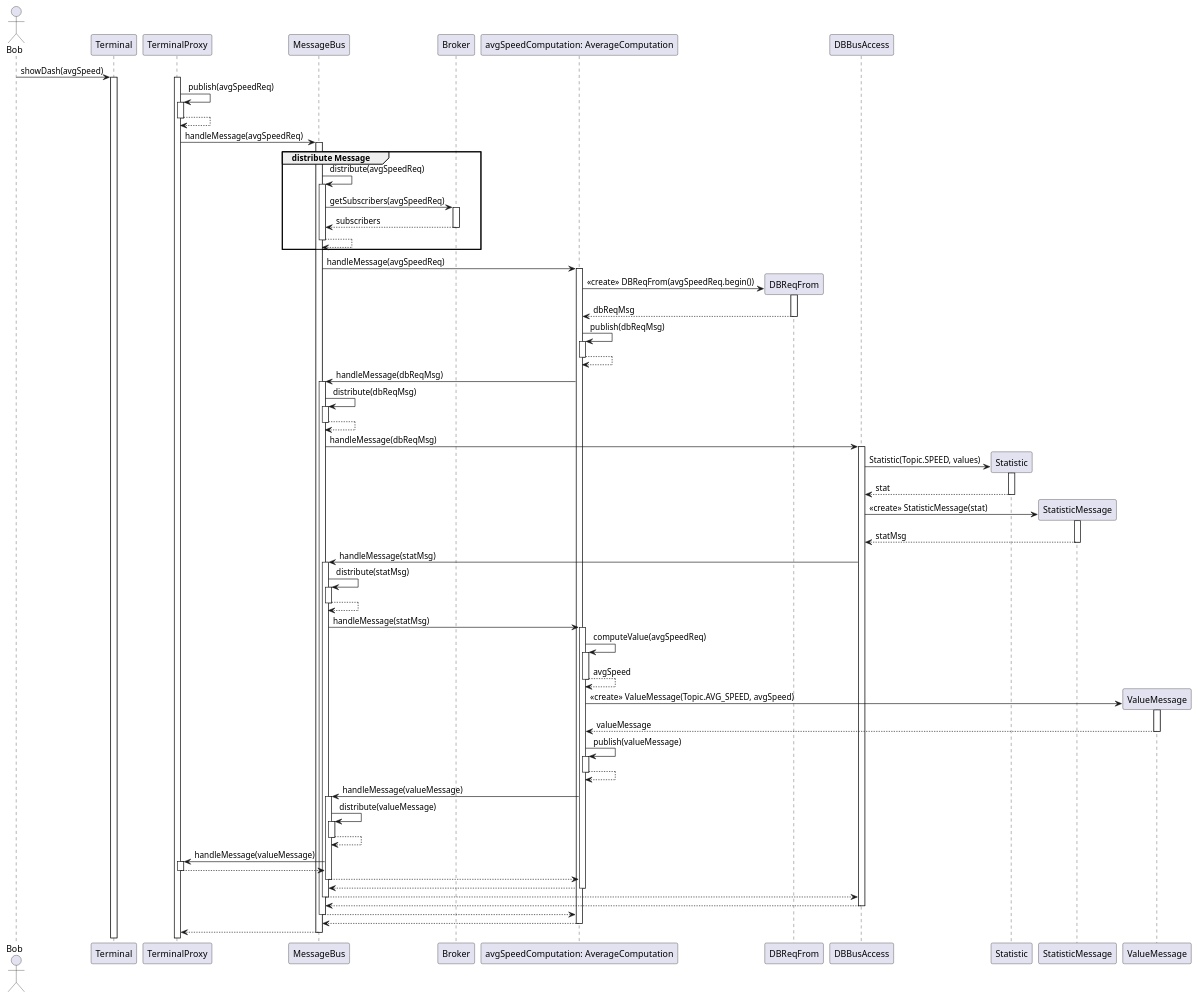
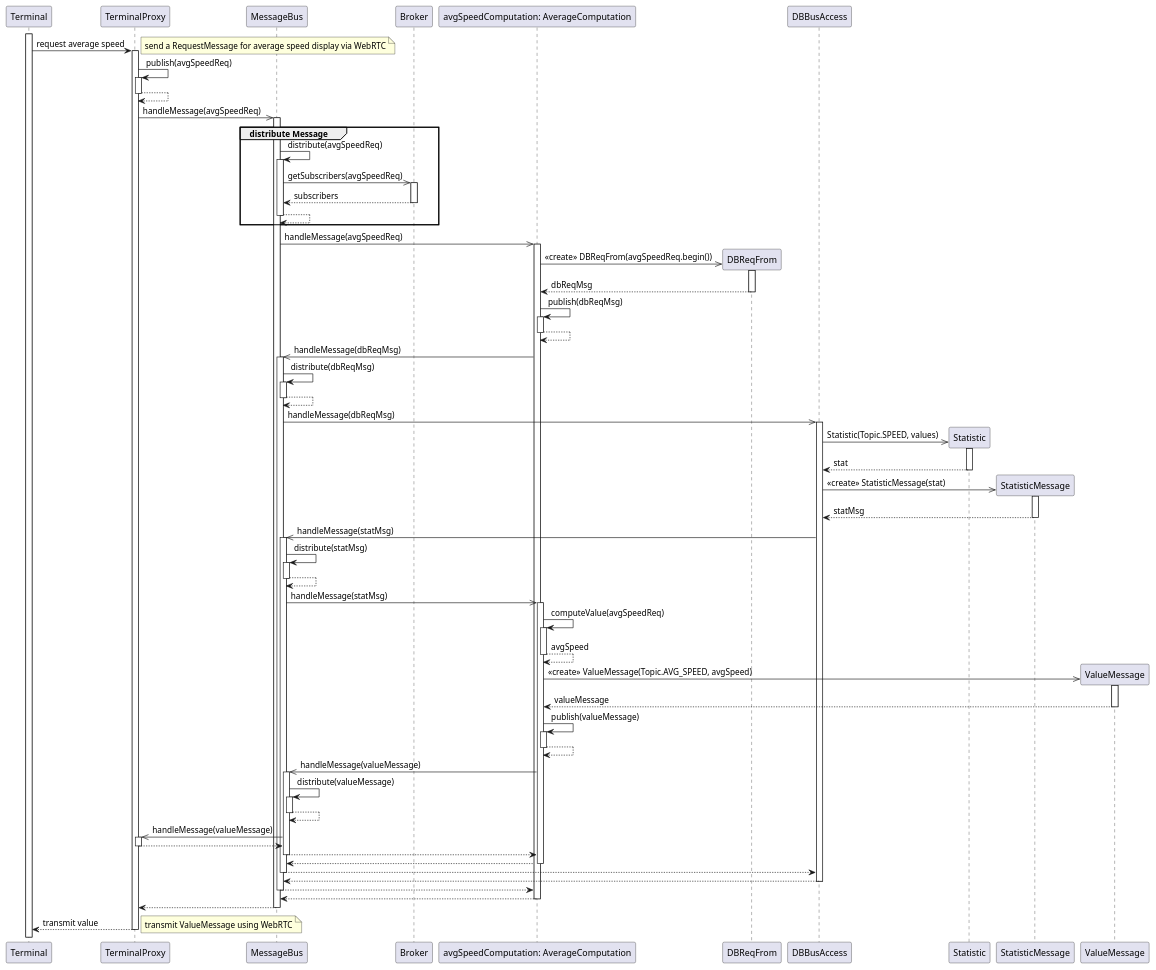
Before and after one commit to uzdry/PSE: the diagram in Entwurf/diagrams/StatsDBSeq.wsd, drawn with PlantUML.

Commit message:
feinschliff

```diff
--- a/Entwurf/diagrams/StatsDBSeq.wsd
+++ b/Entwurf/diagrams/StatsDBSeq.wsd
@@ -1,152 +1,155 @@
 @startuml
-
-actor Bob
 
 participant Terminal
 
 participant TerminalProxy
 
 participant MessageBus
 
 participant Broker
 
 participant "avgSpeedComputation: AverageComputation" as AVGSCALC
 
 participant DBReqFrom
 
 participant DBBusAccess
 
-Bob -> Terminal: showDash(avgSpeed)
-activate Terminal
+activate Terminal 
+Terminal -> TerminalProxy: request average speed
+note right: send a RequestMessage for average speed display via WebRTC
 
 activate TerminalProxy
 TerminalProxy -> TerminalProxy: publish(avgSpeedReq)
 activate TerminalProxy
 
 TerminalProxy --> TerminalProxy:
 deactivate TerminalProxy
 
-TerminalProxy -> MessageBus: handleMessage(avgSpeedReq)
+TerminalProxy ->> MessageBus: handleMessage(avgSpeedReq)
 activate MessageBus
 
 group distribute Message
 
 	MessageBus -> MessageBus: distribute(avgSpeedReq)
 	activate MessageBus
 
-	MessageBus -> Broker: getSubscribers(avgSpeedReq)
+	MessageBus ->> Broker: getSubscribers(avgSpeedReq)
 	activate Broker
 
 	Broker --> MessageBus: subscribers
 	deactivate Broker
 
 	MessageBus --> MessageBus:
 	deactivate MessageBus
 
 end
 
-MessageBus -> AVGSCALC: handleMessage(avgSpeedReq)
+MessageBus ->> AVGSCALC: handleMessage(avgSpeedReq)
 activate AVGSCALC
 
 create DBReqFrom
 
-AVGSCALC -> DBReqFrom: <<create>> DBReqFrom(avgSpeedReq.begin())
+AVGSCALC ->> DBReqFrom: <<create>> DBReqFrom(avgSpeedReq.begin())
 activate DBReqFrom
 DBReqFrom --> AVGSCALC: dbReqMsg
 deactivate DBReqFrom
 
 AVGSCALC -> AVGSCALC: publish(dbReqMsg)
 activate AVGSCALC
 AVGSCALC --> AVGSCALC:
 deactivate AVGSCALC
 
-AVGSCALC -> MessageBus: handleMessage(dbReqMsg)
+AVGSCALC ->> MessageBus: handleMessage(dbReqMsg)
 activate MessageBus
 MessageBus -> MessageBus: distribute(dbReqMsg)
 activate MessageBus
 MessageBus --> MessageBus:
 deactivate MessageBus
-MessageBus -> DBBusAccess: handleMessage(dbReqMsg)
+MessageBus ->> DBBusAccess: handleMessage(dbReqMsg)
 activate DBBusAccess
 
 create Statistic
 
-DBBusAccess -> Statistic: Statistic(Topic.SPEED, values)
+DBBusAccess ->> Statistic: Statistic(Topic.SPEED, values)
 activate Statistic
 Statistic --> DBBusAccess: stat
 deactivate Statistic
 
 create StatisticMessage
-DBBusAccess -> StatisticMessage: <<create>> StatisticMessage(stat)
+DBBusAccess ->> StatisticMessage: <<create>> StatisticMessage(stat)
 activate StatisticMessage
 
 StatisticMessage --> DBBusAccess: statMsg
 deactivate StatisticMessage
 
-DBBusAccess -> MessageBus: handleMessage(statMsg)
+DBBusAccess ->> MessageBus: handleMessage(statMsg)
 activate MessageBus
 
 MessageBus -> MessageBus: distribute(statMsg)
 activate MessageBus
 
 MessageBus --> MessageBus:
 deactivate MessageBus
 
-MessageBus -> AVGSCALC: handleMessage(statMsg)
+MessageBus ->> AVGSCALC: handleMessage(statMsg)
 activate AVGSCALC
 
 
 AVGSCALC -> AVGSCALC: computeValue(avgSpeedReq)
 activate AVGSCALC
 AVGSCALC --> AVGSCALC: avgSpeed
 deactivate AVGSCALC
 
 create ValueMessage
 
-AVGSCALC -> ValueMessage: <<create>> ValueMessage(Topic.AVG_SPEED, avgSpeed)
+AVGSCALC ->> ValueMessage: <<create>> ValueMessage(Topic.AVG_SPEED, avgSpeed)
 activate ValueMessage
 ValueMessage --> AVGSCALC: valueMessage
 deactivate ValueMessage
 
 AVGSCALC -> AVGSCALC: publish(valueMessage)
 activate AVGSCALC
 AVGSCALC --> AVGSCALC:
 deactivate AVGSCALC
 
-AVGSCALC -> MessageBus: handleMessage(valueMessage)
+AVGSCALC ->> MessageBus: handleMessage(valueMessage)
 activate MessageBus
 
 MessageBus -> MessageBus: distribute(valueMessage)
 activate MessageBus
 MessageBus --> MessageBus
 deactivate MessageBus
 
-MessageBus -> TerminalProxy: handleMessage(valueMessage)
+MessageBus ->> TerminalProxy: handleMessage(valueMessage)
 activate TerminalProxy
 
 TerminalProxy --> MessageBus:
 deactivate TerminalProxy
 
 MessageBus --> AVGSCALC:
 deactivate MessageBus
 
 AVGSCALC --> MessageBus
 deactivate AVGSCALC
 
 MessageBus --> DBBusAccess
 deactivate MessageBus
 
 DBBusAccess --> MessageBus
 deactivate DBBusAccess
 
 MessageBus --> AVGSCALC
 deactivate MessageBus
 
 AVGSCALC --> MessageBus
 deactivate AVGSCALC
 
 MessageBus --> TerminalProxy
 deactivate MessageBus
 
+TerminalProxy --> Terminal: transmit value
+note right: transmit ValueMessage using WebRTC
+deactivate TerminalProxy
+
 
 @enduml
```
